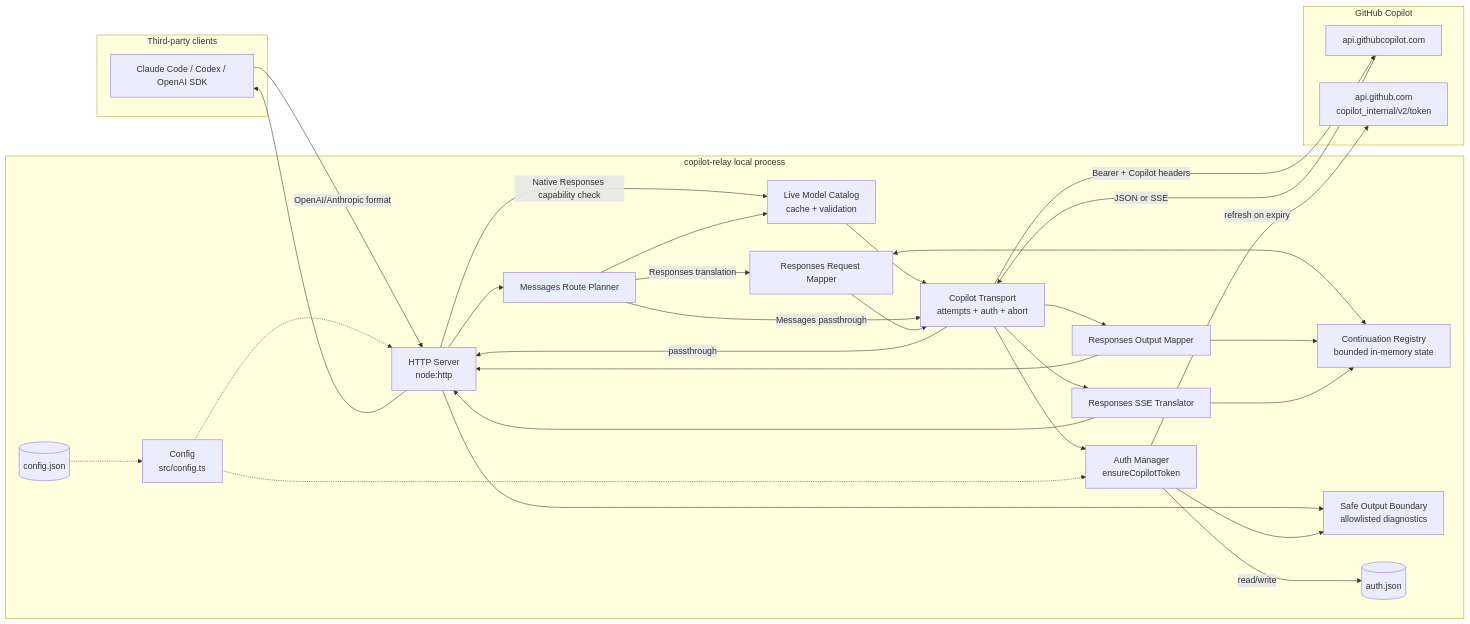
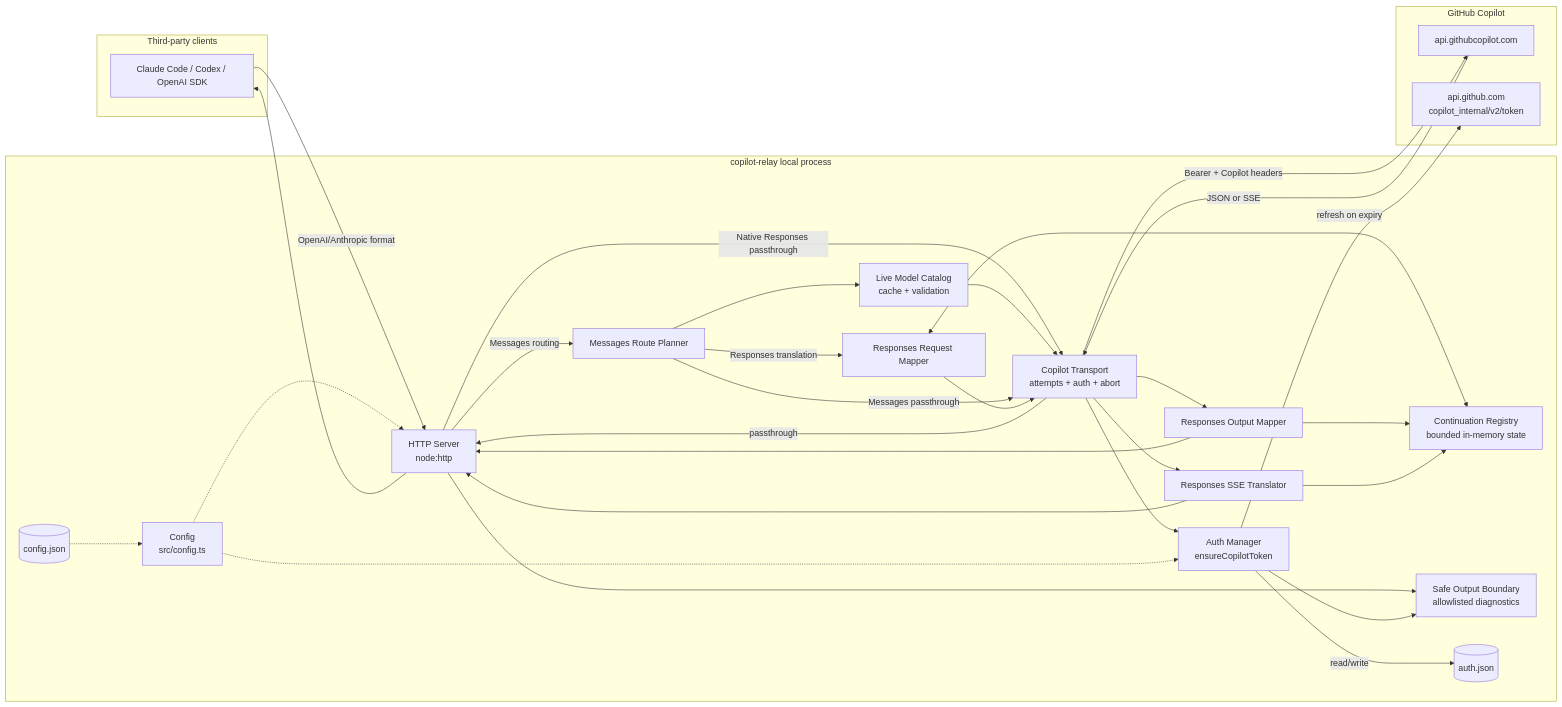
The first of 5 diagrams in docs/design.md (luciferwww/copilot-relay), drawn with Mermaid before and after one commit. The commit also changed other lines of this file and 13 other files, not shown here.

Commit message:
feat: align native Responses passthrough

````diff
--- a/docs/design.md
+++ b/docs/design.md
@@ -12,55 +12,55 @@
 ```mermaid
 flowchart LR
     subgraph Client[Third-party clients]
         A[Claude Code / Codex / OpenAI SDK]
     end
 
     subgraph Proxy[copilot-relay local process]
         B[HTTP Server<br/>node:http]
         C[Auth Manager<br/>ensureCopilotToken]
         D[Copilot Transport<br/>attempts + auth + abort]
         I[Live Model Catalog<br/>cache + validation]
         J[Messages Route Planner]
         L[Responses Request Mapper]
         M[Responses Output Mapper]
         N[Responses SSE Translator]
         O[Continuation Registry<br/>bounded in-memory state]
         P[Safe Output Boundary<br/>allowlisted diagnostics]
         K[Config<br/>src/config.ts]
         E[(auth.json)]
         F[(config.json)]
     end
 
     subgraph GitHub[GitHub Copilot]
         G[api.githubcopilot.com]
         H[api.github.com<br/>copilot_internal/v2/token]
     end
 
     A -->|OpenAI/Anthropic format| B
-    B --> J
-    B -->|Native Responses capability check| I
+    B -->|Messages routing| J
+    B -->|Native Responses passthrough| D
     J --> I
     I --> D
     J -->|Messages passthrough| D
     J -->|Responses translation| L
     L <--> O
     L --> D
     D --> C
     C -- read/write --> E
     C -- refresh on expiry --> H
     D -->|Bearer + Copilot headers| G
     G -->|JSON or SSE| D
     D -->|passthrough| B
     D --> M
     D --> N
     M --> O
     N --> O
     M --> B
     N --> B
     B --> P
     C --> P
     B --> A
     F -.-> K
     K -.-> B
     K -.-> C
 ```
````
